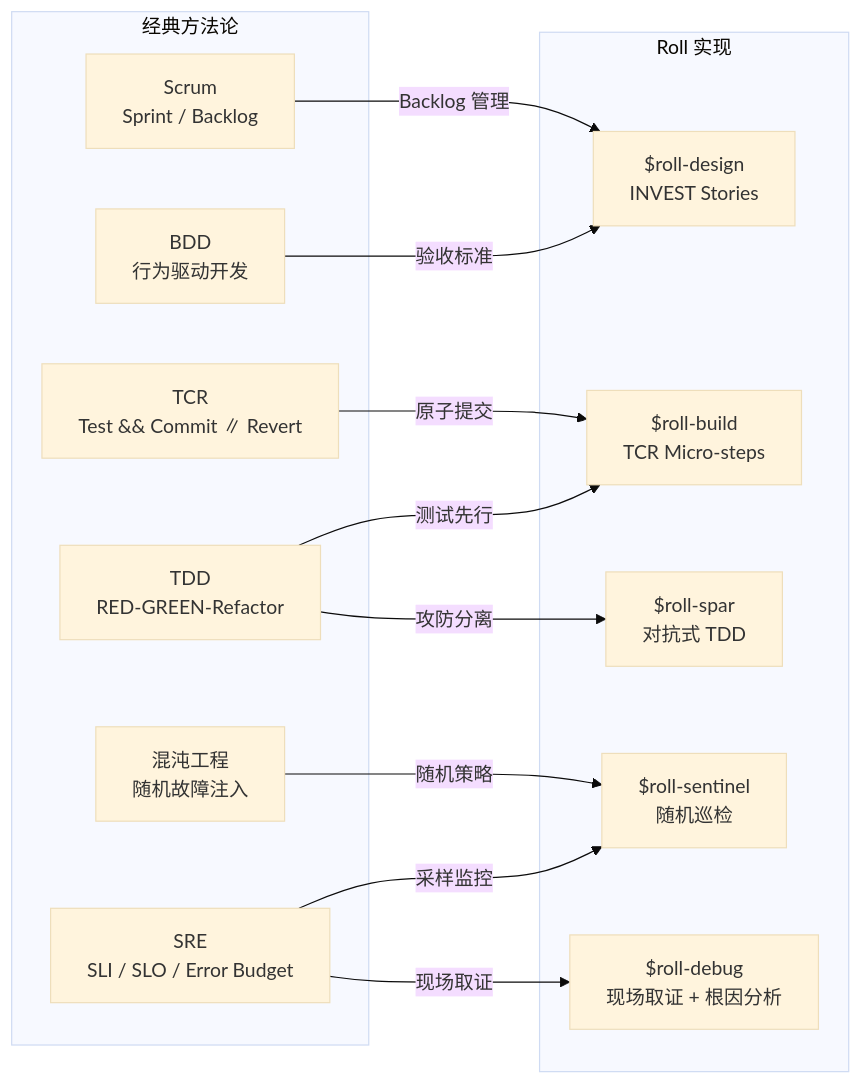
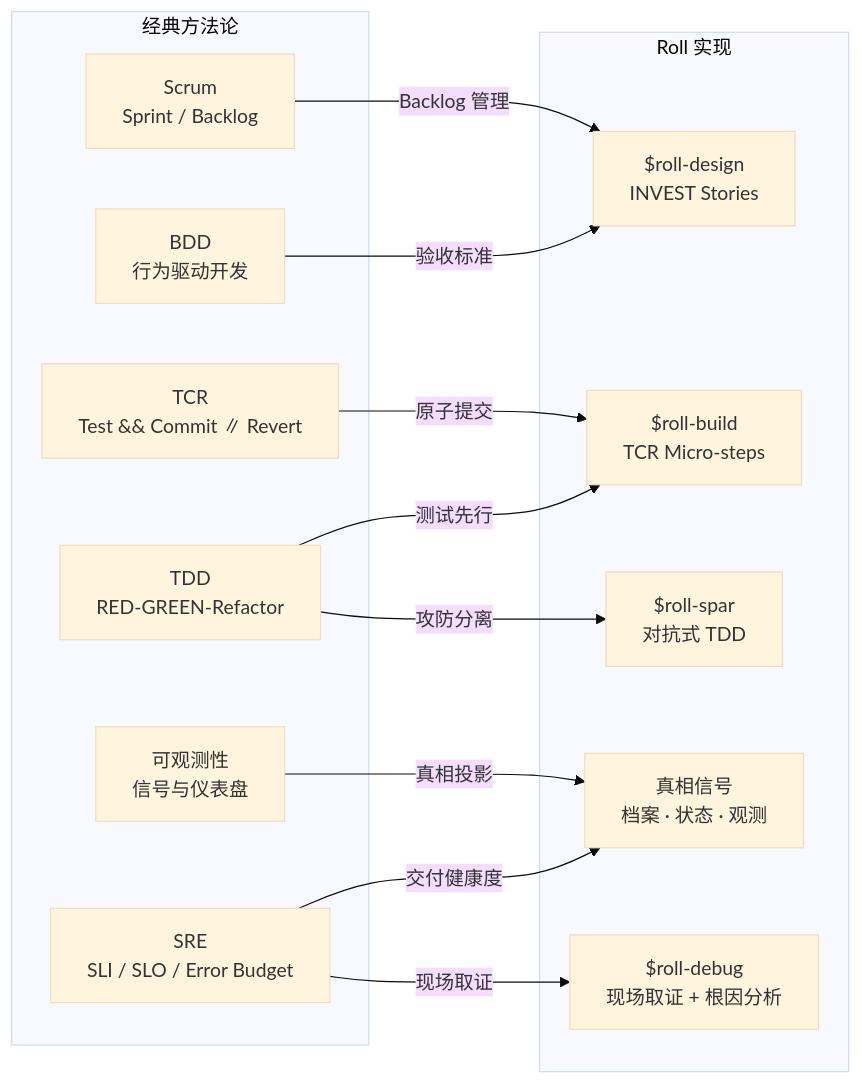
The second of 2 diagrams in guide/zh/methodology.md (seanyao/roll), drawn with Mermaid (base theme) before and after one commit. The commit also changed other lines of this file and 22 other files, not shown here.

````diff
--- a/guide/zh/methodology.md
+++ b/guide/zh/methodology.md
@@ -523,28 +507,28 @@
 ```mermaid
 graph LR
     subgraph "经典方法论"
         BDD["BDD<br/>行为驱动开发"]
         S["Scrum<br/>Sprint / Backlog"]
         T["TDD<br/>RED-GREEN-Refactor"]
         TCR["TCR<br/>Test && Commit ∥ Revert"]
         SRE["SRE<br/>SLI / SLO / Error Budget"]
-        CE["混沌工程<br/>随机故障注入"]
+        O11Y["可观测性<br/>信号与仪表盘"]
     end
 
     subgraph "Roll 实现"
         D["$roll-design<br/>INVEST Stories"]
         SB["$roll-build<br/>TCR Micro-steps"]
         SP["$roll-spar<br/>对抗式 TDD"]
-        SE["$roll-sentinel<br/>随机巡检"]
+        TS["真相信号<br/>档案 · 状态 · 观测"]
         BB["$roll-debug<br/>现场取证 + 根因分析"]
     end
 
     BDD -->|"验收标准"| D
     S -->|"Backlog 管理"| D
     T -->|"测试先行"| SB
     TCR -->|"原子提交"| SB
     T -->|"攻防分离"| SP
-    SRE -->|"采样监控"| SE
-    CE -->|"随机策略"| SE
+    SRE -->|"交付健康度"| TS
+    O11Y -->|"真相投影"| TS
     SRE -->|"现场取证"| BB
 ```
````
